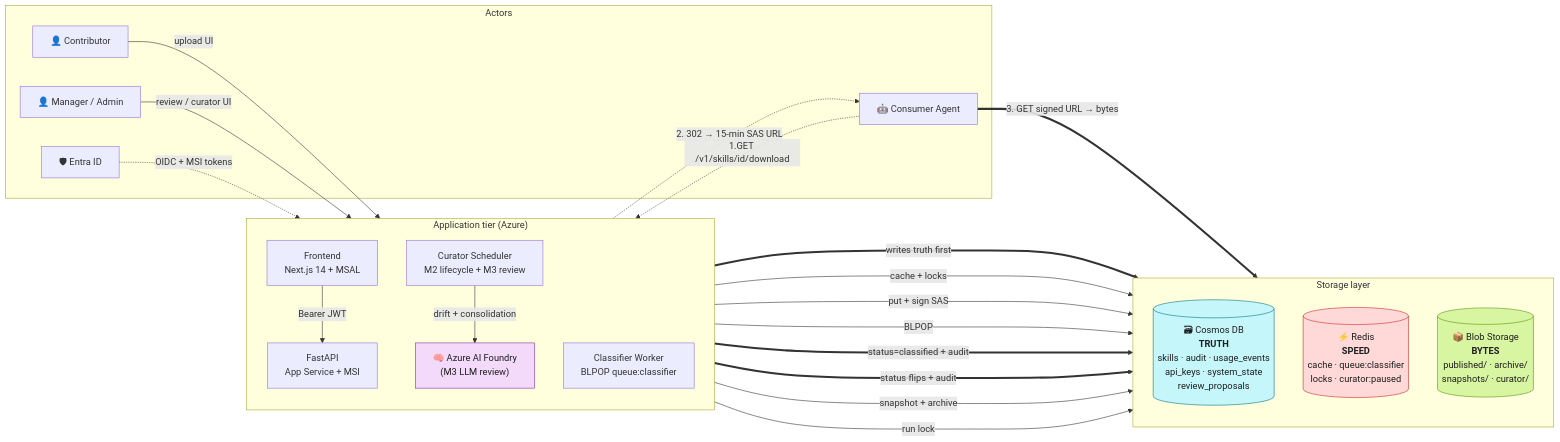
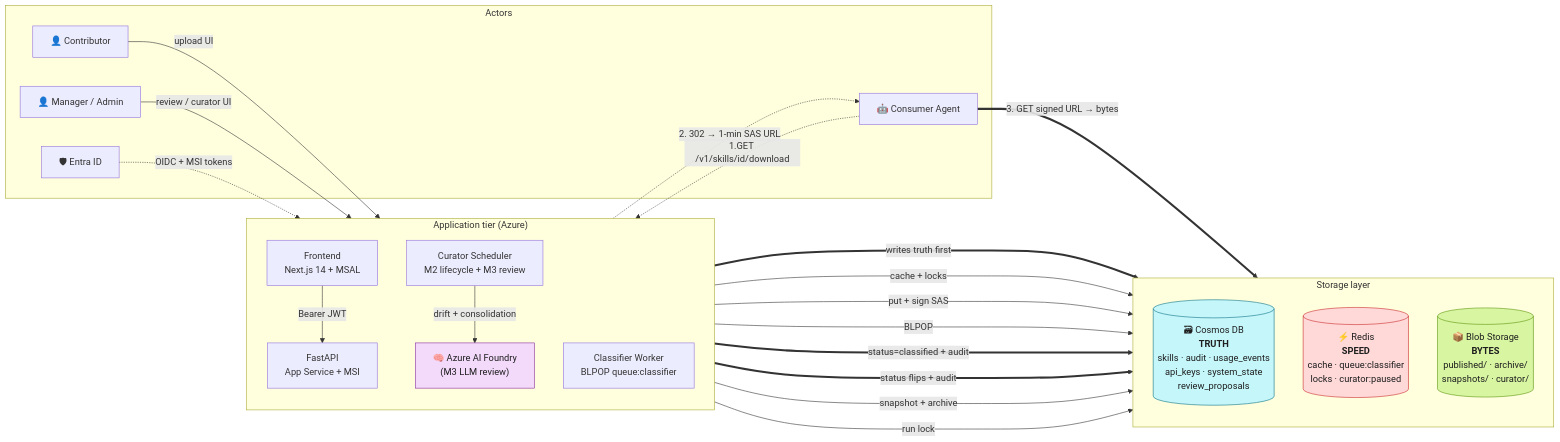
One commit to msftse/The-Curator changed the diagram in README.md. Above: the diagram before and after it, drawn with Mermaid. The commit also changed other lines of this file and 34 other files, not shown here.

````diff
--- a/README.md
+++ b/README.md
@@ -67,55 +68,55 @@
 ```mermaid
 flowchart LR
     subgraph Actors
         C["👤 Contributor"]
         M["👤 Manager / Admin"]
         A["🤖 Consumer Agent"]
         E["🛡 Entra ID"]
     end
 
     subgraph App["Application tier (Azure)"]
         direction TB
         FE["Frontend<br/>Next.js 14 + MSAL"]
         API["FastAPI<br/>App Service + MSI"]
         CW["Classifier Worker<br/>BLPOP queue:classifier"]
         CS["Curator Scheduler<br/>M2 lifecycle + M3 review"]
         F["🧠 Azure AI Foundry<br/>(M3 LLM review)"]
     end
 
     subgraph Storage["Storage layer"]
         direction TB
         COS[("🗃 Cosmos DB<br/><b>TRUTH</b><br/>skills · audit · usage_events<br/>api_keys · system_state<br/>review_proposals")]
         RED[("⚡ Redis<br/><b>SPEED</b><br/>cache · queue:classifier<br/>locks · curator:paused")]
         BLB[("📦 Blob Storage<br/><b>BYTES</b><br/>published/ · archive/<br/>snapshots/ · curator/")]
     end
 
     C -->|upload UI| FE
     M -->|review / curator UI| FE
     FE -->|Bearer JWT| API
     E -.->|OIDC + MSI tokens| API
 
     API ==>|writes truth first| COS
     API -->|cache + locks| RED
     API -->|put + sign SAS| BLB
 
     CW -->|BLPOP| RED
     CW ==>|status=classified + audit| COS
 
     CS ==>|status flips + audit| COS
     CS -->|snapshot + archive| BLB
     CS -->|drift + consolidation| F
     CS -->|run lock| RED
 
     A -.->|1.GET /v1/skills/id/download| API
-    API -.->|2. 302 → 15-min SAS URL| A
+    API -.->|2. 302 → 1-min SAS URL| A
     A ==>|3. GET signed URL → bytes| BLB
 
     classDef truth fill:#c5f6fa,stroke:#0b7285,color:#1e1e1e
     classDef speed fill:#ffd8d8,stroke:#c92a2a,color:#1e1e1e
     classDef bytes fill:#d8f5a2,stroke:#5c940d,color:#1e1e1e
     classDef ai fill:#f3d9fa,stroke:#862e9c,color:#1e1e1e
     class COS truth
     class RED speed
     class BLB bytes
     class F ai
 ```
````
